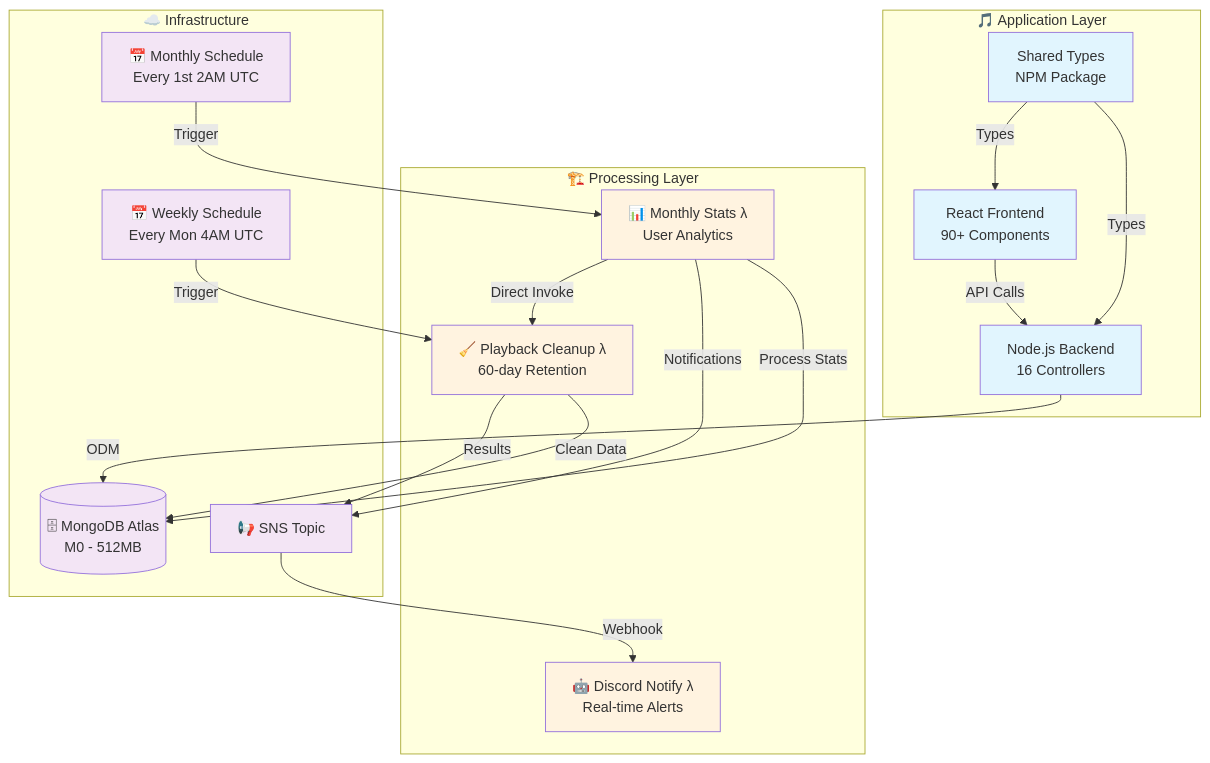
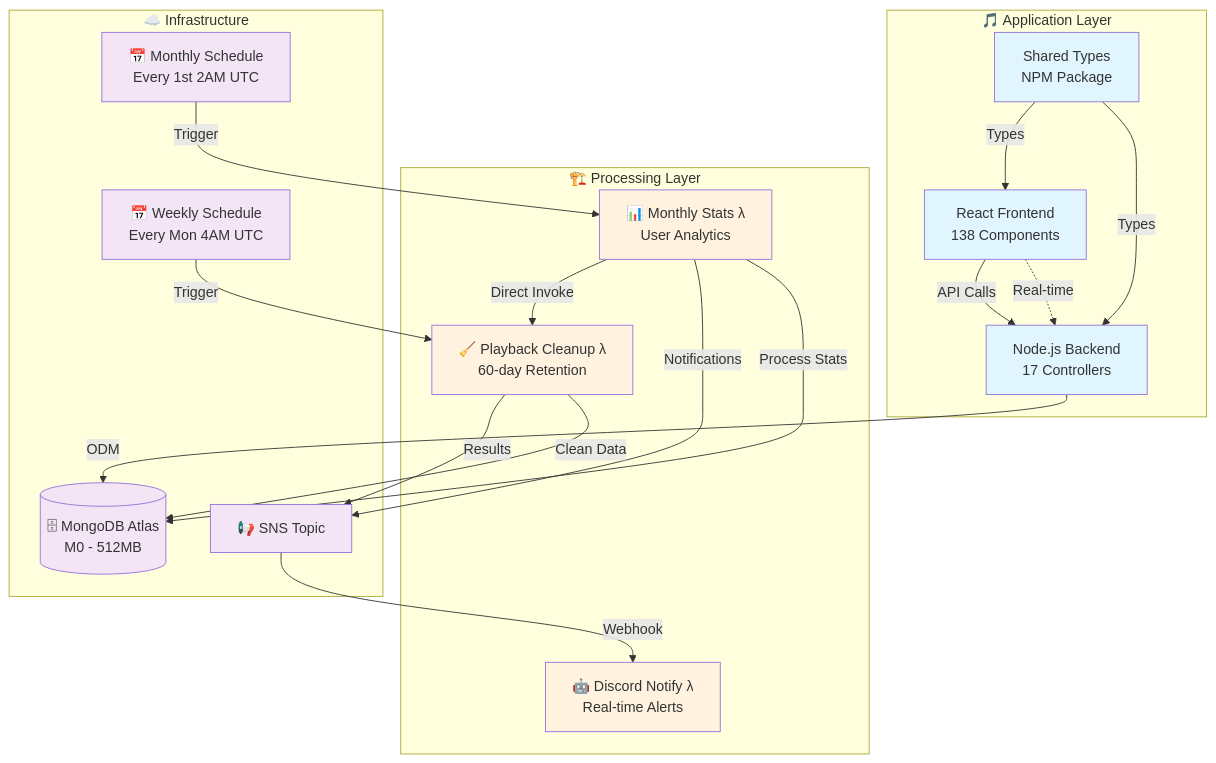
One commit to JIAN11442/joytify-app changed the diagram in README.md. Above: the diagram before and after it, drawn with Mermaid. The commit also changed other lines of this file and 3 other files, not shown here.

````diff
--- a/README.md
+++ b/README.md
@@ -95,47 +120,48 @@
 ```mermaid
 graph TB
     subgraph "🎵 Application Layer"
-        FE[React Frontend<br/>90+ Components]
-        BE[Node.js Backend<br/>16 Controllers]
+        FE[React Frontend<br/>138 Components]
+        BE[Node.js Backend<br/>17 Controllers]
         ST[Shared Types<br/>NPM Package]
     end
 
     subgraph "🏗️ Processing Layer"
         ML[📊 Monthly Stats λ<br/>User Analytics]
         CL[🧹 Playback Cleanup λ<br/>60-day Retention]
         DL[🤖 Discord Notify λ<br/>Real-time Alerts]
     end
 
     subgraph "☁️ Infrastructure"
         CW1[📅 Monthly Schedule<br/>Every 1st 2AM UTC]
         CW2[📅 Weekly Schedule<br/>Every Mon 4AM UTC]
         SNS[📢 SNS Topic]
         DB[(🗄 MongoDB Atlas<br/>M0 - 512MB)]
     end
 
     %% Application Layer
     FE -->|API Calls| BE
+    FE -.->|Real-time| BE
     BE -->|ODM| DB
     ST -->|Types| FE
     ST -->|Types| BE
 
     %% Infrastructure to Processing
     CW1 -->|Trigger| ML
     CW2 -->|Trigger| CL
     ML -->|Direct Invoke| CL
     ML -->|Notifications| SNS
     CL -->|Results| SNS
     SNS -->|Webhook| DL
 
     %% Data flows
     ML -->|Process Stats| DB
     CL -->|Clean Data| DB
 
     classDef app fill:#e1f5fe
     classDef lambda fill:#fff3e0
     classDef infra fill:#f3e5f5
 
     class FE,BE,ST app
     class ML,CL,DL lambda
     class CW1,CW2,SNS,DB infra
 ```
````
